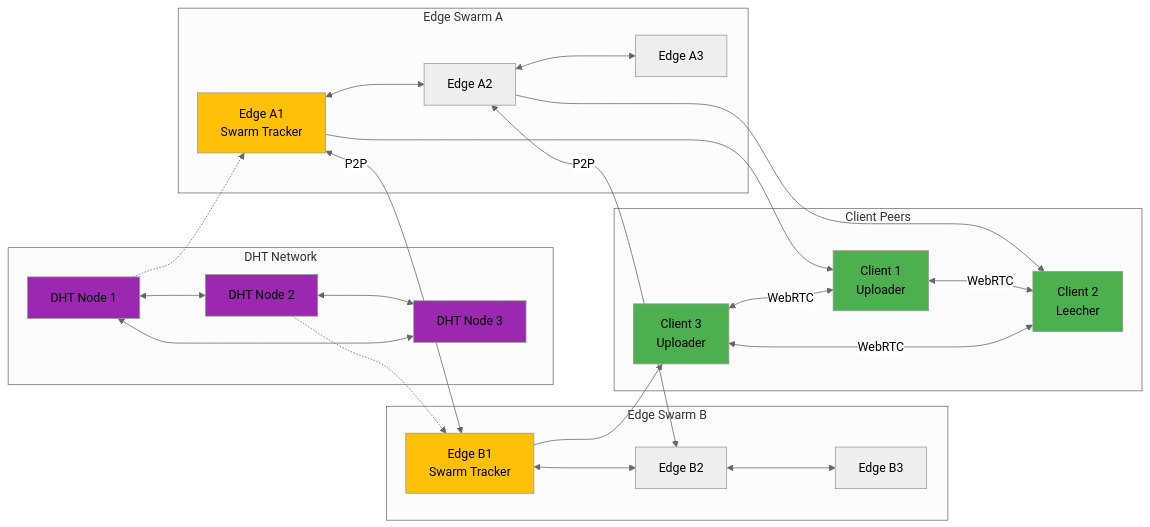
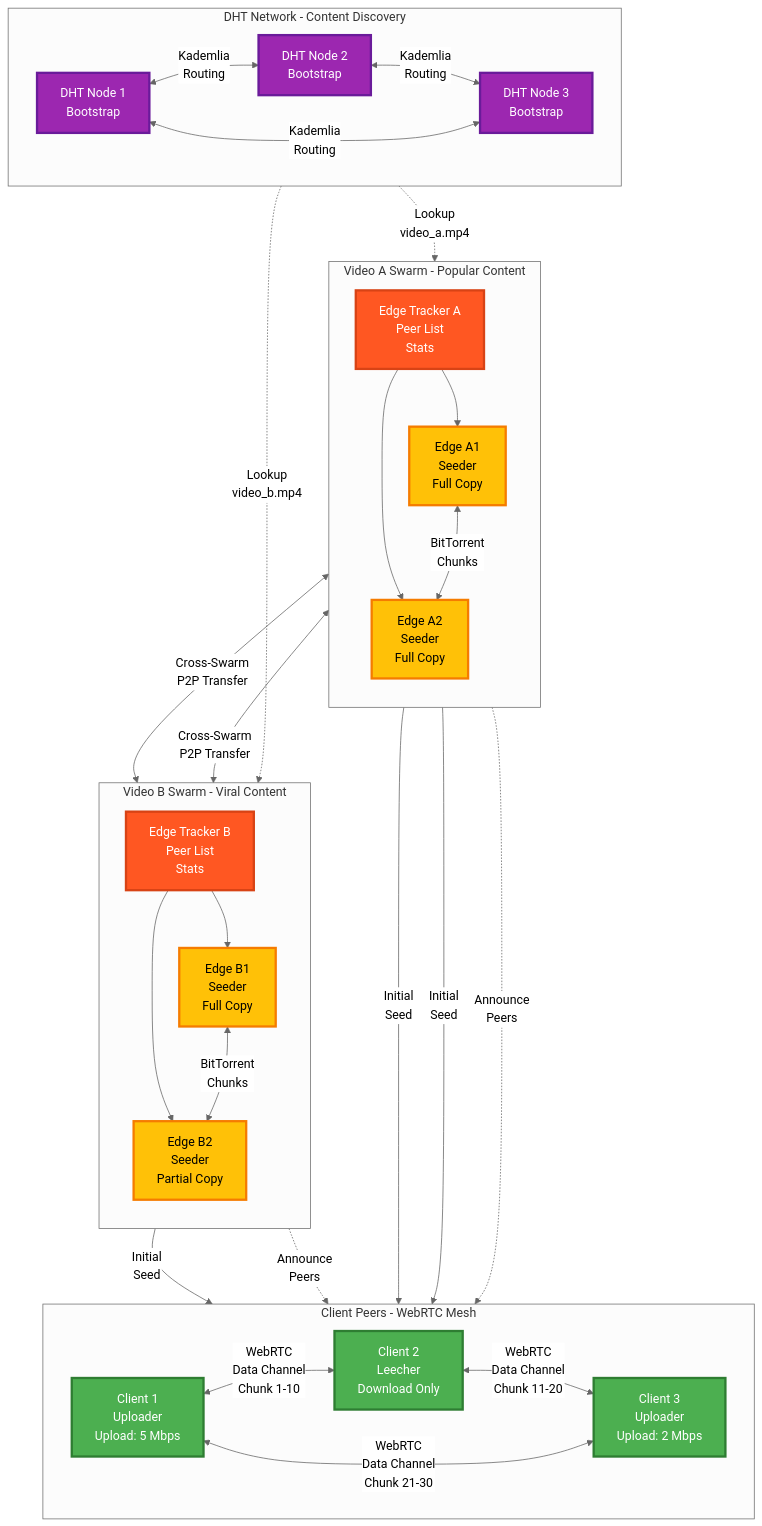
One commit to Independent-AI-Labs/AMI-STREAMS changed the third of 3 diagrams in README.md. Above: the diagram before and after it, drawn with Mermaid (neutral theme). The commit also changed other lines of this file, not shown here.

Commit message:
docs: redesign Mermaid diagrams with professional layouts, detailed labels, and clear information architecture

````diff
--- a/README.md
+++ b/README.md
@@ -150,56 +207,121 @@
 ```mermaid
-graph LR
-    subgraph "DHT Network"
-        DHT1[DHT Node 1]
-        DHT2[DHT Node 2]
-        DHT3[DHT Node 3]
-        DHT1 <--> DHT2
-        DHT2 <--> DHT3
-        DHT3 <--> DHT1
+flowchart TB
+    subgraph DHT["DHT Network - Content Discovery"]
+        direction LR
+        DHT1["DHT Node 1
+        Bootstrap"]
+        DHT2["DHT Node 2
+        Bootstrap"]
+        DHT3["DHT Node 3
+        Bootstrap"]
+
+        DHT1 <-->|"Kademlia
+        Routing"| DHT2
+        DHT2 <-->|"Kademlia
+        Routing"| DHT3
+        DHT3 <-->|"Kademlia
+        Routing"| DHT1
     end
 
-    subgraph "Edge Swarm A"
-        EdgeA1[Edge A1<br/>Swarm Tracker]
-        EdgeA2[Edge A2]
-        EdgeA3[Edge A3]
-        EdgeA1 <--> EdgeA2
-        EdgeA2 <--> EdgeA3
+    subgraph SwarmA["Video A Swarm - Popular Content"]
+        direction TB
+        TrackerA["Edge Tracker A
+        Peer List
+        Stats"]
+
+        EdgeA1["Edge A1
+        Seeder
+        Full Copy"]
+
+        EdgeA2["Edge A2
+        Seeder
+        Full Copy"]
+
+        TrackerA --> EdgeA1
+        TrackerA --> EdgeA2
+        EdgeA1 <-->|"BitTorrent
+        Chunks"| EdgeA2
     end
 
-    subgraph "Edge Swarm B"
-        EdgeB1[Edge B1<br/>Swarm Tracker]
-        EdgeB2[Edge B2]
-        EdgeB3[Edge B3]
-        EdgeB1 <--> EdgeB2
-        EdgeB2 <--> EdgeB3
+    subgraph SwarmB["Video B Swarm - Viral Content"]
+        direction TB
+        TrackerB["Edge Tracker B
+        Peer List
+        Stats"]
+
+        EdgeB1["Edge B1
+        Seeder
+        Full Copy"]
+
+        EdgeB2["Edge B2
+        Seeder
+        Partial Copy"]
+
+        TrackerB --> EdgeB1
+        TrackerB --> EdgeB2
+        EdgeB1 <-->|"BitTorrent
+        Chunks"| EdgeB2
     end
 
-    subgraph "Client Peers"
-        C1[Client 1<br/>Uploader]
-        C2[Client 2<br/>Leecher]
-        C3[Client 3<br/>Uploader]
+    subgraph Clients["Client Peers - WebRTC Mesh"]
+        direction LR
+        C1["Client 1
+        Uploader
+        Upload: 5 Mbps"]
+
+        C2["Client 2
+        Leecher
+        Download Only"]
+
+        C3["Client 3
+        Uploader
+        Upload: 2 Mbps"]
+
+        C1 <-->|"WebRTC
+        Data Channel
+        Chunk 1-10"| C2
+
+        C2 <-->|"WebRTC
+        Data Channel
+        Chunk 11-20"| C3
+
+        C3 <-->|"WebRTC
+        Data Channel
+        Chunk 21-30"| C1
     end
 
-    DHT1 -.-> EdgeA1
-    DHT2 -.-> EdgeB1
+    DHT1 -.->|"Lookup
+    video_a.mp4"| TrackerA
+    DHT2 -.->|"Lookup
+    video_b.mp4"| TrackerB
 
-    EdgeA1 <-->|P2P| EdgeB1
-    EdgeA2 <-->|P2P| EdgeB2
+    EdgeA1 <-->|"Cross-Swarm
+    P2P Transfer"| EdgeB1
+    EdgeA2 <-->|"Cross-Swarm
+    P2P Transfer"| EdgeB2
 
-    EdgeA1 --> C1
-    EdgeA2 --> C2
-    EdgeB1 --> C3
+    EdgeA1 -->|"Initial
+    Seed"| C1
+    EdgeA2 -->|"Initial
+    Seed"| C2
+    EdgeB1 -->|"Initial
+    Seed"| C3
 
-    C1 <-->|WebRTC| C2
-    C2 <-->|WebRTC| C3
-    C3 <-->|WebRTC| C1
+    TrackerA -.->|"Announce
+    Peers"| Clients
+    TrackerB -.->|"Announce
+    Peers"| Clients
 
-    style DHT1 fill:#9C27B0
-    style DHT2 fill:#9C27B0
-    style DHT3 fill:#9C27B0
-    style EdgeA1 fill:#FFC107
-    style EdgeB1 fill:#FFC107
-    style C1 fill:#4CAF50
-    style C2 fill:#4CAF50
-    style C3 fill:#4CAF50
+    style DHT1 fill:#9C27B0,stroke:#6A1B9A,stroke-width:3px,color:#fff
+    style DHT2 fill:#9C27B0,stroke:#6A1B9A,stroke-width:3px,color:#fff
+    style DHT3 fill:#9C27B0,stroke:#6A1B9A,stroke-width:3px,color:#fff
+    style TrackerA fill:#FF5722,stroke:#D84315,stroke-width:3px,color:#fff
+    style TrackerB fill:#FF5722,stroke:#D84315,stroke-width:3px,color:#fff
+    style EdgeA1 fill:#FFC107,stroke:#F57C00,stroke-width:3px,color:#000
+    style EdgeA2 fill:#FFC107,stroke:#F57C00,stroke-width:3px,color:#000
+    style EdgeB1 fill:#FFC107,stroke:#F57C00,stroke-width:3px,color:#000
+    style EdgeB2 fill:#FFC107,stroke:#F57C00,stroke-width:3px,color:#000
+    style C1 fill:#4CAF50,stroke:#2E7D32,stroke-width:3px,color:#fff
+    style C2 fill:#4CAF50,stroke:#2E7D32,stroke-width:3px,color:#fff
+    style C3 fill:#4CAF50,stroke:#2E7D32,stroke-width:3px,color:#fff
 ```
````
